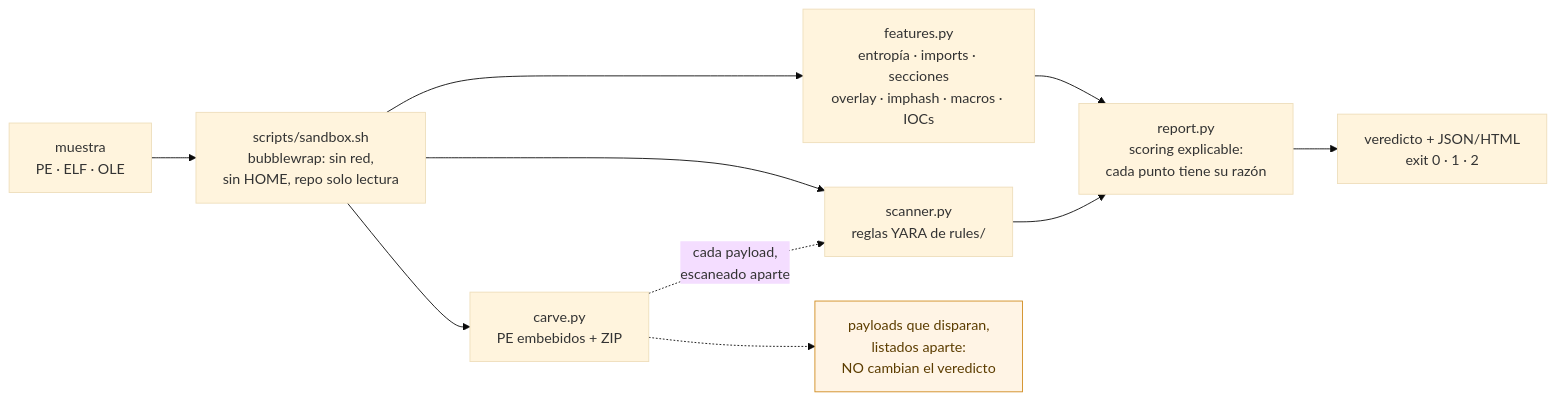
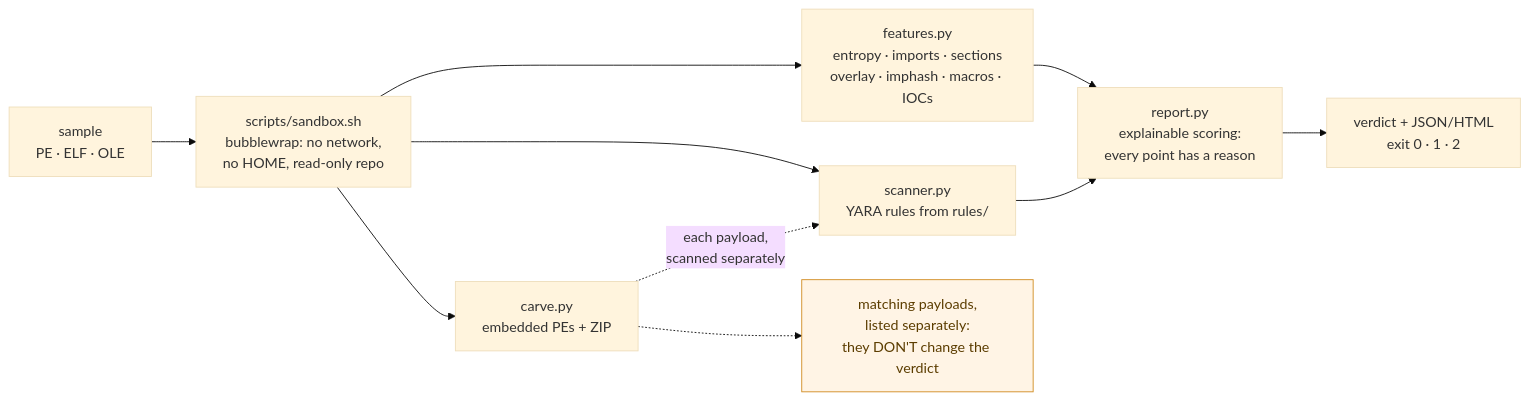
Before and after one commit to jorgeress/crisol: the first of 2 diagrams in README.md, drawn with Mermaid (base theme). The commit also changed other lines of this file and 20 other files, not shown here.

````diff
--- a/README.md
+++ b/README.md
@@ -109,18 +114,18 @@
 ```mermaid
 flowchart LR
-    S["muestra<br/>PE · ELF · OLE"] --> SB["scripts/sandbox.sh<br/>bubblewrap: sin red,<br/>sin HOME, repo solo lectura"]
+    S["sample<br/>PE · ELF · OLE"] --> SB["scripts/sandbox.sh<br/>bubblewrap: no network,<br/>no HOME, read-only repo"]
 
-    SB --> F["features.py<br/>entropía · imports · secciones<br/>overlay · imphash · macros · IOCs"]
-    SB --> Y["scanner.py<br/>reglas YARA de rules/"]
-    SB --> C["carve.py<br/>PE embebidos + ZIP"]
+    SB --> F["features.py<br/>entropy · imports · sections<br/>overlay · imphash · macros · IOCs"]
+    SB --> Y["scanner.py<br/>YARA rules from rules/"]
+    SB --> C["carve.py<br/>embedded PEs + ZIP"]
 
-    C -.->|"cada payload,<br/>escaneado aparte"| Y
+    C -.->|"each payload,<br/>scanned separately"| Y
 
-    F --> R["report.py<br/>scoring explicable:<br/>cada punto tiene su razón"]
+    F --> R["report.py<br/>explainable scoring:<br/>every point has a reason"]
     Y --> R
-    R --> V["veredicto + JSON/HTML<br/>exit 0 · 1 · 2"]
-    C -.-> P["payloads que disparan,<br/>listados aparte:<br/>NO cambian el veredicto"]
+    R --> V["verdict + JSON/HTML<br/>exit 0 · 1 · 2"]
+    C -.-> P["matching payloads,<br/>listed separately:<br/>they DON'T change the verdict"]
 
     classDef nota fill:#fff4e5,stroke:#d08b1f,color:#5c3d00;
     class P nota
 ```
````
